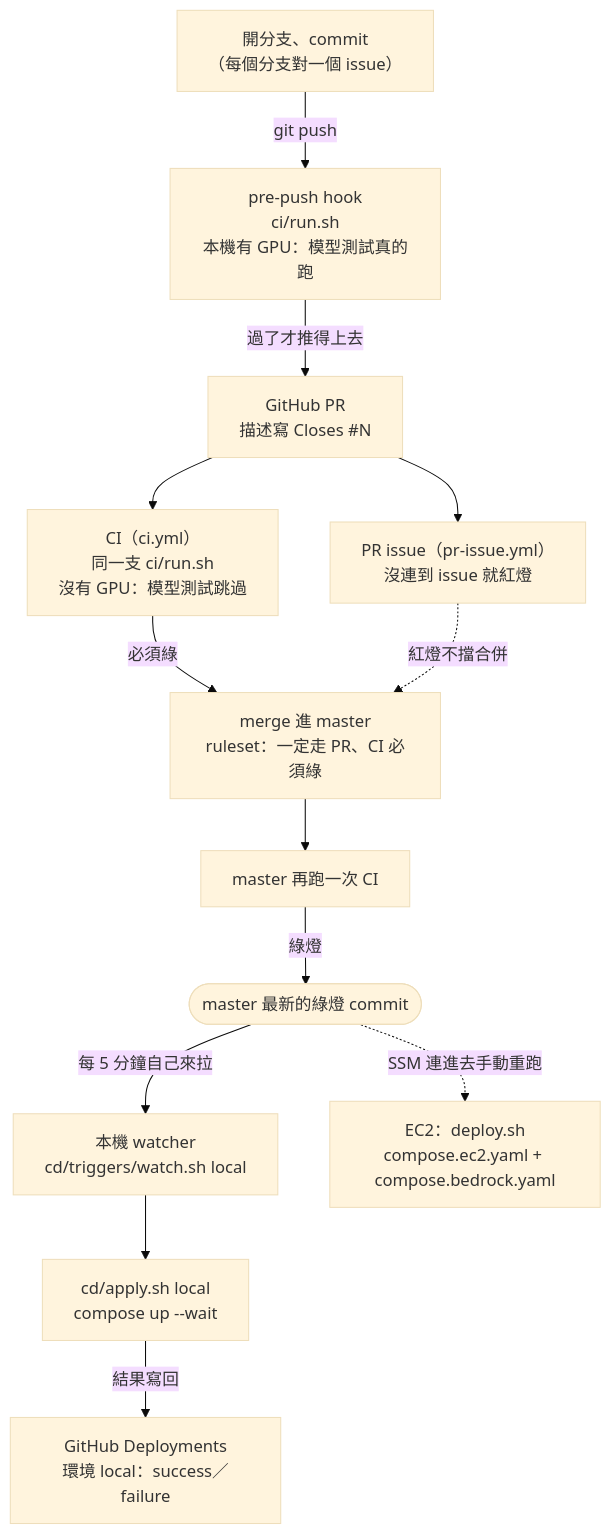
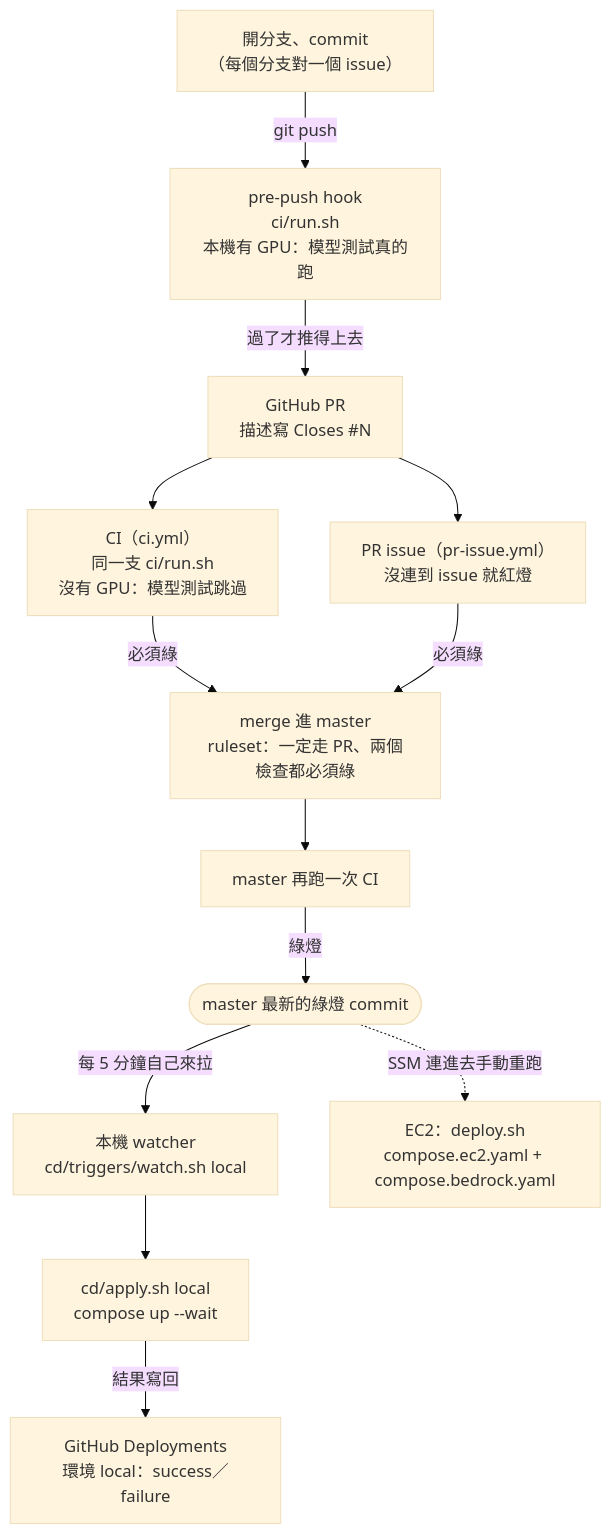
The fifth of 5 diagrams in docs/architecture.md (Anderson-chen/talkcal), drawn with Mermaid (base theme) before and after one commit. The commit also changed other lines of this file, not shown here.

Commit message:
pr-issue 設成必過檢查，流程圖跟著改
ruleset protect-master 的必過檢查原本只有 CI，pr-issue 紅燈擋不住合併（#62 就這樣
合進去過）。已用 gh api 把 pr-issue 加進必過，其他規則不動；圖和「每一關擋什麼」改成兩個都必過。

````diff
--- a/docs/architecture.md
+++ b/docs/architecture.md
@@ -94,15 +94,15 @@
 ```mermaid
 flowchart TB
     dev["開分支、commit<br/>（每個分支對一個 issue）"] -->|"git push"| hook["pre-push hook<br/>ci/run.sh<br/>本機有 GPU：模型測試真的跑"]
     hook -->|"過了才推得上去"| pr["GitHub PR<br/>描述寫 Closes #N"]
     pr --> ci["CI（ci.yml）<br/>同一支 ci/run.sh<br/>沒有 GPU：模型測試跳過"]
     pr --> prissue["PR issue（pr-issue.yml）<br/>沒連到 issue 就紅燈"]
-    ci -->|"必須綠"| merge["merge 進 master<br/>ruleset：一定走 PR、CI 必須綠"]
-    prissue -.->|"紅燈不擋合併"| merge
+    ci -->|"必須綠"| merge["merge 進 master<br/>ruleset：一定走 PR、兩個檢查都必須綠"]
+    prissue -->|"必須綠"| merge
     merge --> masterci["master 再跑一次 CI"]
     masterci -->|"綠燈"| green(["master 最新的綠燈 commit"])
     green -->|"每 5 分鐘自己來拉"| watch["本機 watcher<br/>cd/triggers/watch.sh local"]
     watch --> applyl["cd/apply.sh local<br/>compose up --wait"]
     applyl -->|"結果寫回"| deployments["GitHub Deployments<br/>環境 local：success／failure"]
     green -.->|"SSM 連進去手動重跑"| ec2["EC2：deploy.sh<br/>compose.ec2.yaml + compose.bedrock.yaml"]
 ```
````
